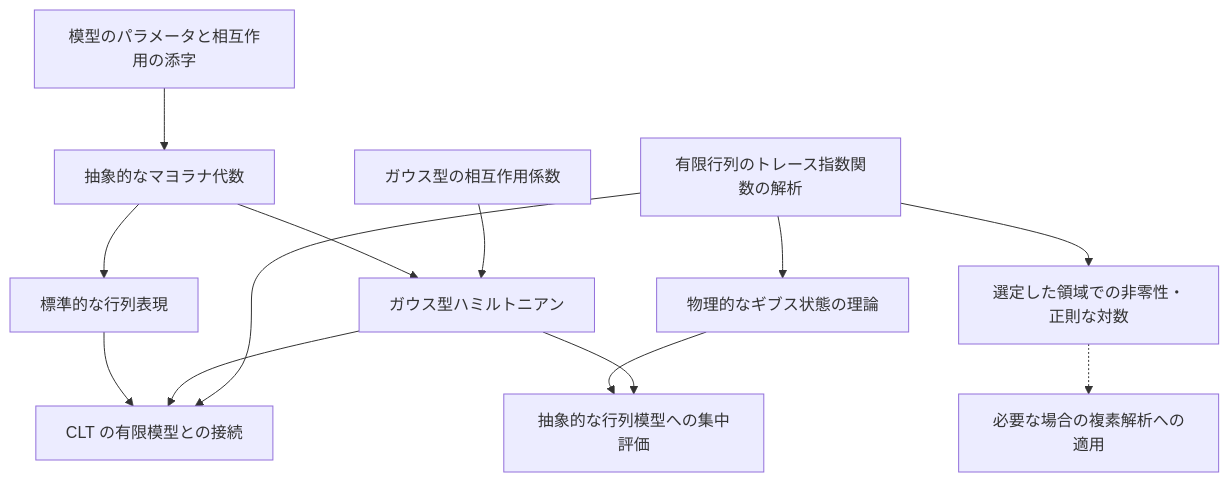
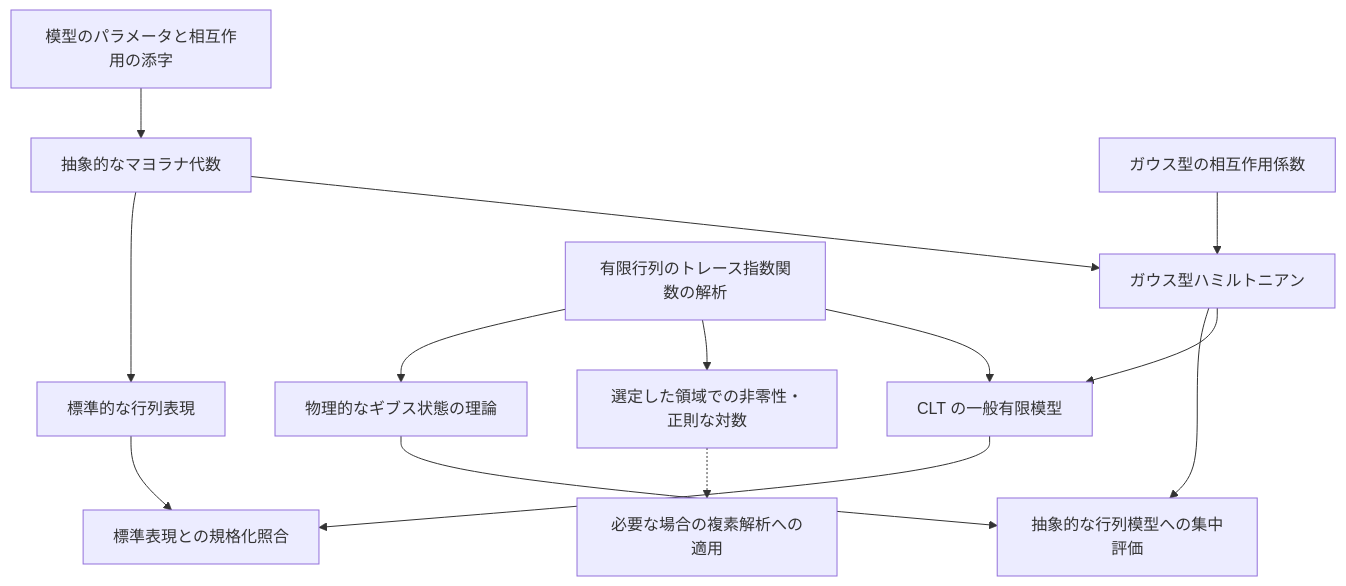
One commit to TokyoProbabilityGroup/SYK_CLT changed the diagram in Model/ARCHITECTURE.md. Above: the diagram before and after it, drawn with Mermaid. The commit also changed other lines of this file and 19 other files, not shown here.

````diff
--- a/Model/ARCHITECTURE.md
+++ b/Model/ARCHITECTURE.md
@@ -77,15 +71,16 @@
 ```mermaid
 flowchart TD
     params["模型のパラメータと相互作用の添字"] --> abstract["抽象的なマヨラナ代数"]
     abstract --> concrete["標準的な行列表現"]
     abstract --> hamiltonian["ガウス型ハミルトニアン"]
     disorder["ガウス型の相互作用係数"] --> hamiltonian
     analytic["有限行列のトレース指数関数の解析"] --> physical["物理的なギブス状態の理論"]
     analytic --> zeroFree["選定した領域での非零性・正則な対数"]
     physical --> concentration["抽象的な行列模型への集中評価"]
     hamiltonian --> concentration
-    concrete --> clt["CLT の有限模型との接続"]
-    hamiltonian --> clt
-    analytic --> clt
+    hamiltonian --> finiteCLT["CLT の一般有限模型"]
+    analytic --> finiteCLT
+    finiteCLT --> normalization["標準表現との規格化照合"]
+    concrete --> normalization
     zeroFree -.-> complexUse["必要な場合の複素解析への適用"]
 ```
````
